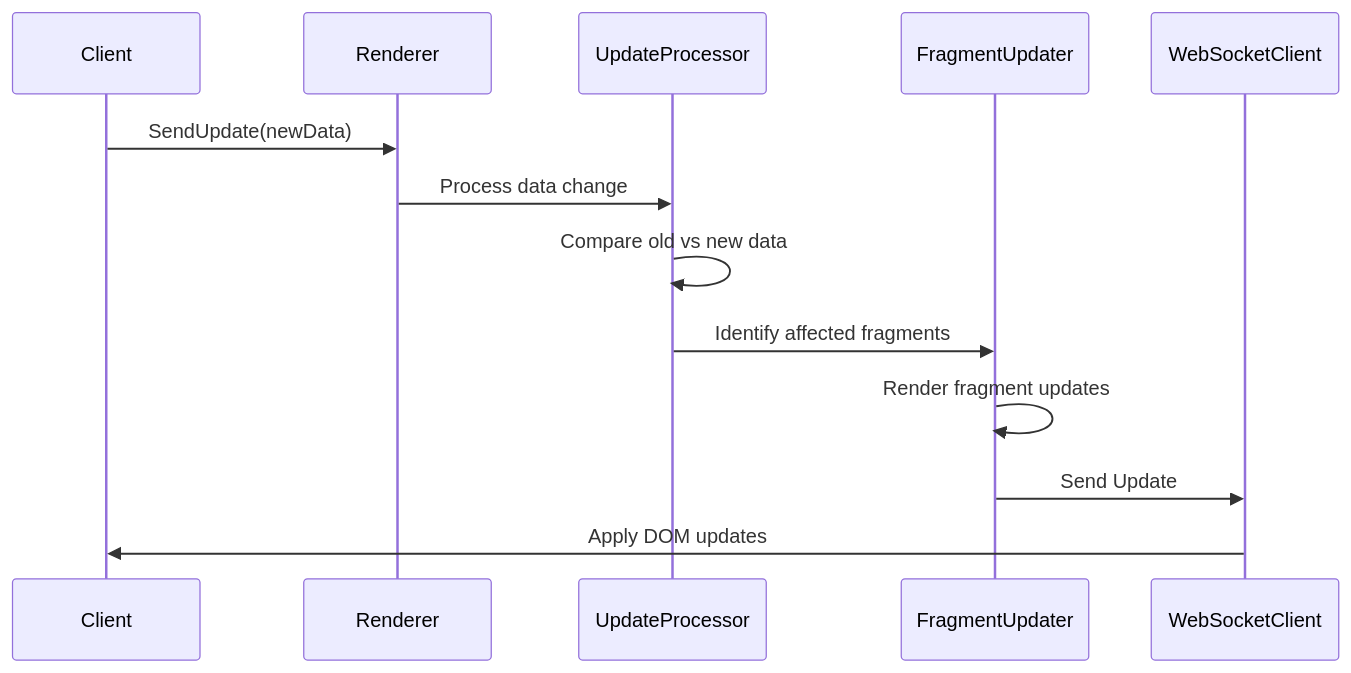
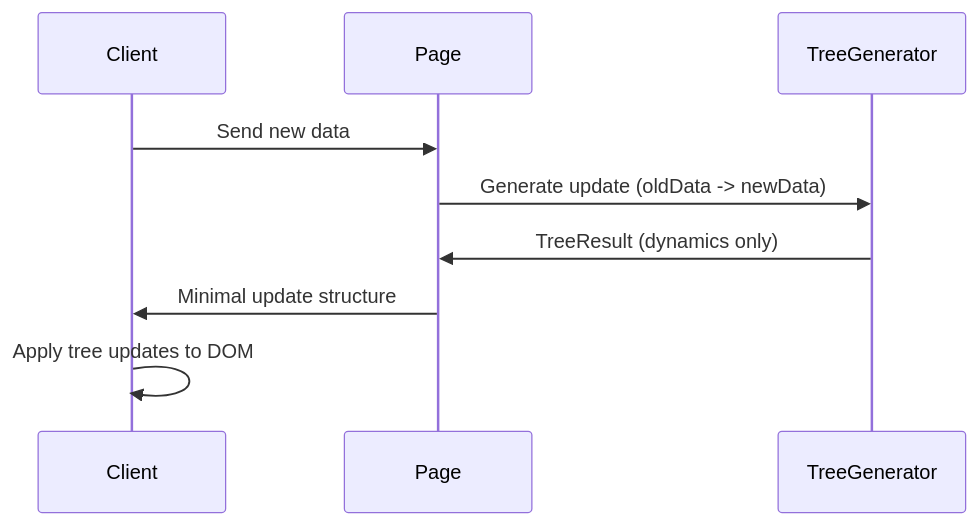
The fourth of 5 diagrams in docs/ARCHITECTURE.md (livetemplate/livetemplate), drawn with Mermaid before and after one commit. The commit also changed other lines of this file and 169 other files, not shown here.

````diff
--- a/docs/ARCHITECTURE.md
+++ b/docs/ARCHITECTURE.md
@@ -131,16 +193,12 @@
 ```mermaid
 sequenceDiagram
-    participant Client
-    participant Renderer
-    participant UpdateProcessor
-    participant FragmentUpdater
-    participant WebSocketClient
-
-    Client->>Renderer: SendUpdate(newData)
-    Renderer->>UpdateProcessor: Process data change
-    UpdateProcessor->>UpdateProcessor: Compare old vs new data
-    UpdateProcessor->>FragmentUpdater: Identify affected fragments
-    FragmentUpdater->>FragmentUpdater: Render fragment updates
-    FragmentUpdater->>WebSocketClient: Send Update
-    WebSocketClient->>Client: Apply DOM updates
+    participant C as Client
+    participant P as Page
+    participant T as TreeGenerator
+    
+    C->>P: Send new data
+    P->>T: Generate update (oldData -> newData)
+    T->>P: TreeResult (dynamics only)
+    P->>C: Minimal update structure
+    C->>C: Apply tree updates to DOM
 ```
````
